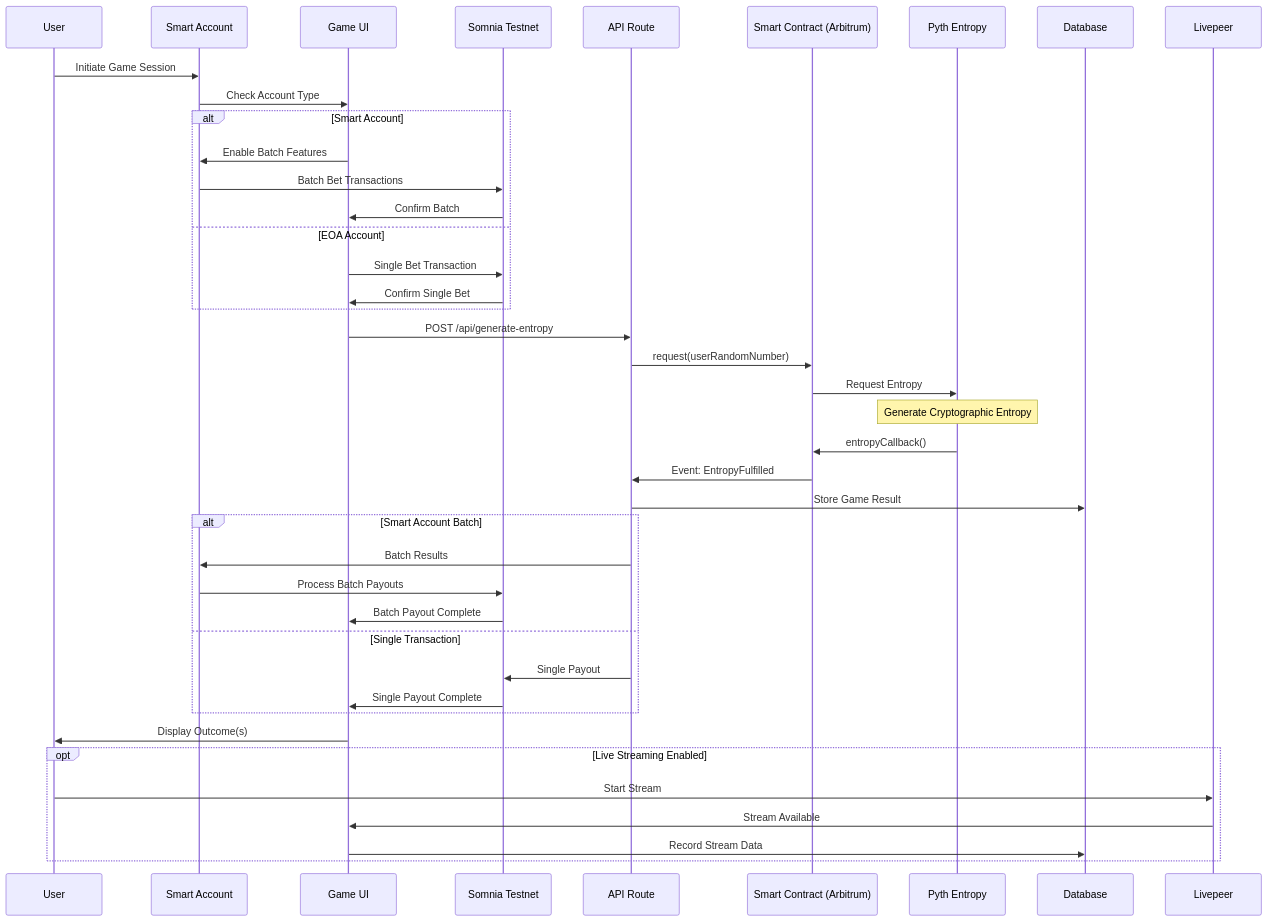
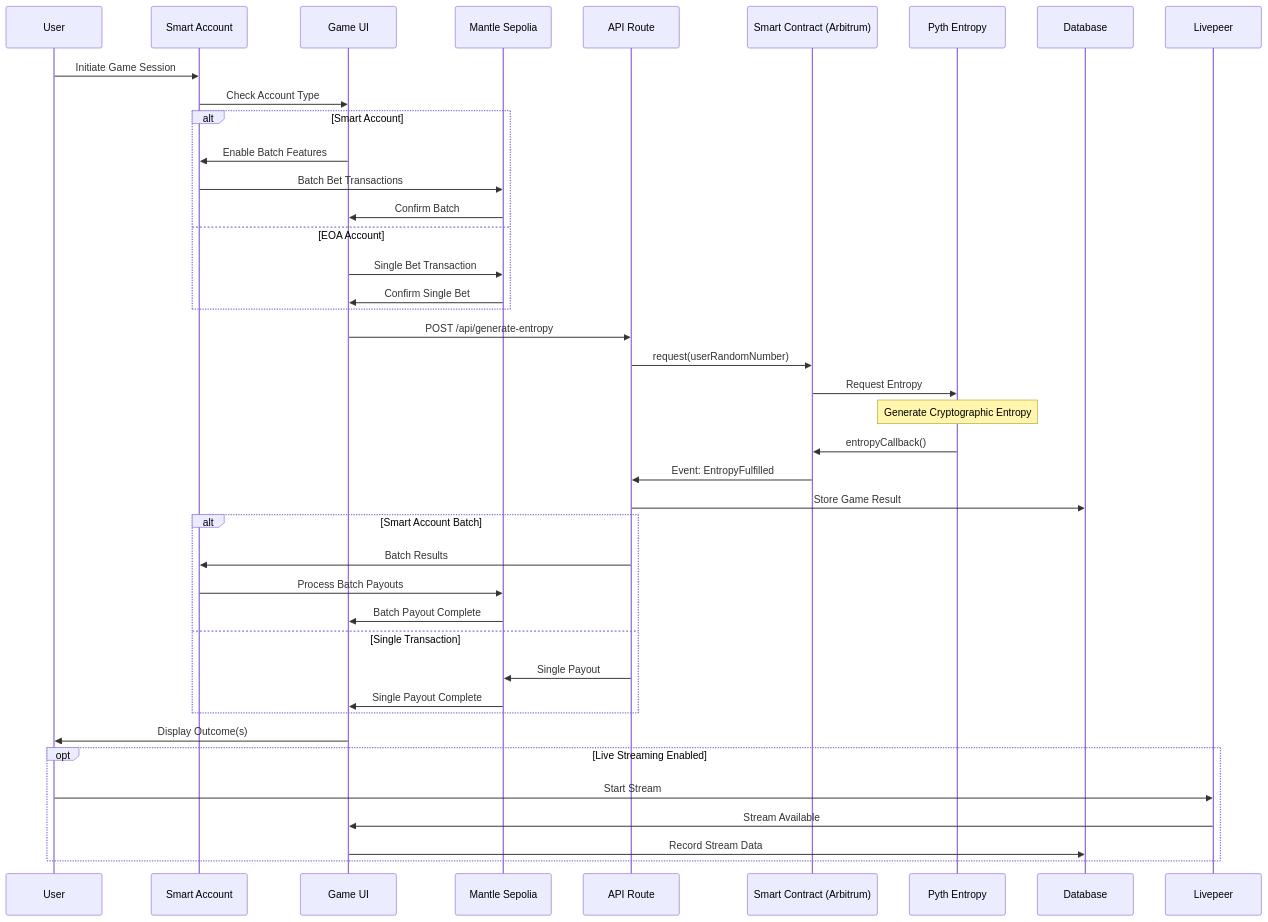
The sixth of 9 diagrams in README.md (AmaanSayyad/APT-Casino-Mantle), drawn with Mermaid before and after one commit. The commit also changed other lines of this file and 9 other files, not shown here.

````diff
--- a/README.md
+++ b/README.md
@@ -403,51 +403,51 @@
 ```mermaid
 sequenceDiagram
     participant U as User
     participant SA as Smart Account
     participant UI as Game UI
-    participant MT as Somnia Testnet
+    participant MT as Mantle Sepolia
     participant API as API Route
     participant SC as Smart Contract (Arbitrum)
     participant PE as Pyth Entropy
     participant DB as Database
     participant LP as Livepeer
     
     U->>SA: Initiate Game Session
     SA->>UI: Check Account Type
     
     alt Smart Account
         UI->>SA: Enable Batch Features
         SA->>MT: Batch Bet Transactions
         MT->>UI: Confirm Batch
     else EOA Account
         UI->>MT: Single Bet Transaction
         MT->>UI: Confirm Single Bet
     end
     
     UI->>API: POST /api/generate-entropy
     API->>SC: request(userRandomNumber)
     SC->>PE: Request Entropy
     
     Note over PE: Generate Cryptographic Entropy
     
     PE->>SC: entropyCallback()
     SC->>API: Event: EntropyFulfilled
     API->>DB: Store Game Result
     
     alt Smart Account Batch
         API->>SA: Batch Results
         SA->>MT: Process Batch Payouts
         MT->>UI: Batch Payout Complete
     else Single Transaction
         API->>MT: Single Payout
         MT->>UI: Single Payout Complete
     end
     
     UI->>U: Display Outcome(s)
     
     opt Live Streaming Enabled
         U->>LP: Start Stream
         LP->>UI: Stream Available
         UI->>DB: Record Stream Data
     end
 ```
````
